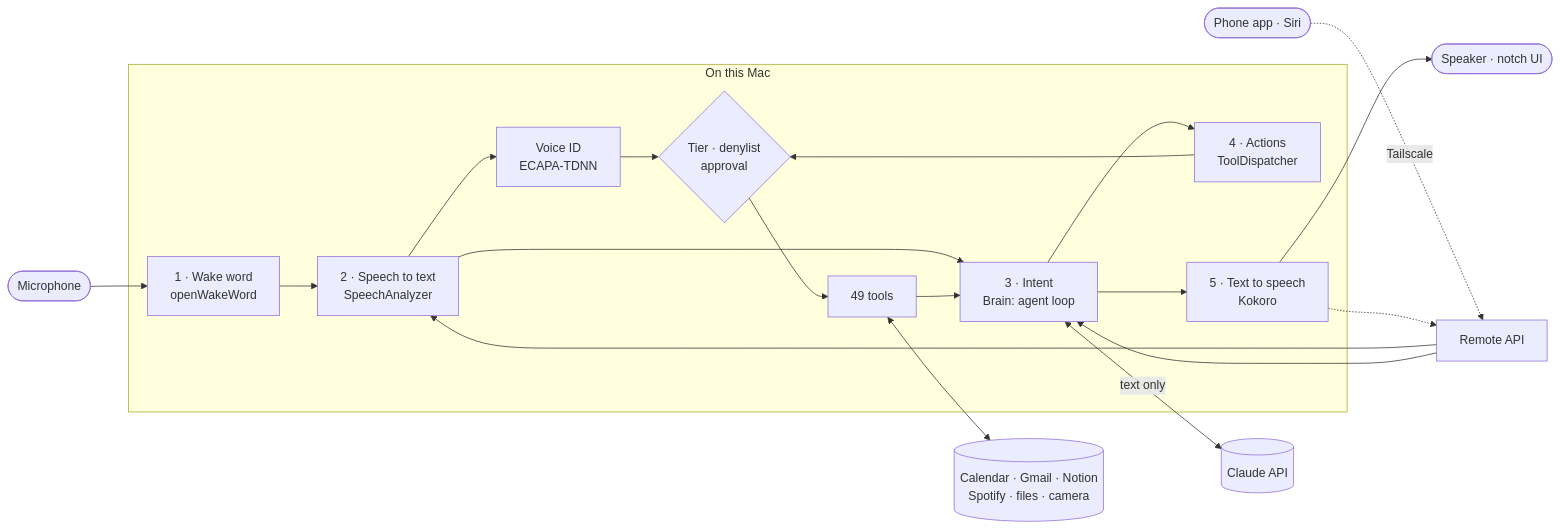
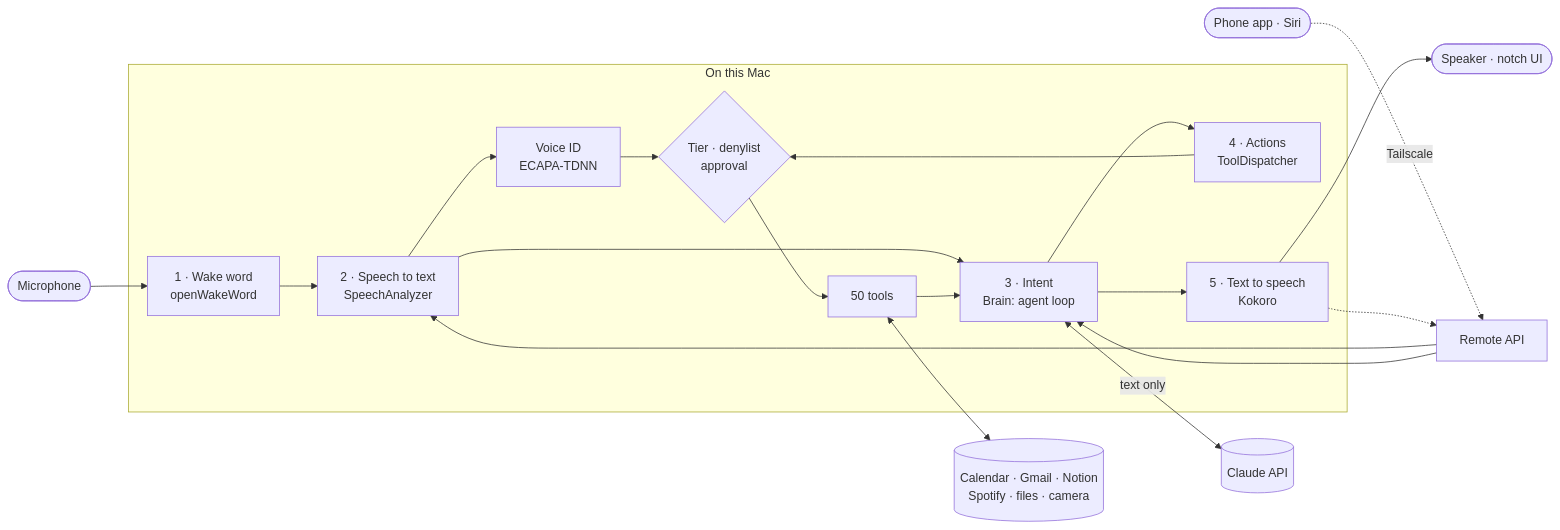
Before and after one commit to samarthpaliwal/Jarvis: the diagram in README.md, drawn with Mermaid. The commit also changed other lines of this file and 23 other files, not shown here.

````diff
--- a/README.md
+++ b/README.md
@@ -37,24 +37,24 @@
 ```mermaid
 flowchart LR
     mic(["Microphone"]) --> wake
     phone(["Phone app · Siri"]) -. Tailscale .-> api["Remote API"]
     api --> stt
     api --> intent
 
     subgraph mac ["On this Mac"]
         wake["1 · Wake word<br/>openWakeWord"] --> stt["2 · Speech to text<br/>SpeechAnalyzer"]
         stt --> voiceid["Voice ID<br/>ECAPA-TDNN"]
         stt --> intent["3 · Intent<br/>Brain: agent loop"]
         intent --> actions["4 · Actions<br/>ToolDispatcher"]
         actions --> guard{"Tier · denylist<br/>approval"}
         voiceid --> guard
-        guard --> tools["49 tools"]
+        guard --> tools["50 tools"]
         tools --> intent
         intent --> tts["5 · Text to speech<br/>Kokoro"]
     end
 
     intent <-->|"text only"| claude[("Claude API")]
     tools <--> services[("Calendar · Gmail · Notion<br/>Spotify · files · camera")]
     tts --> speaker(["Speaker · notch UI"])
     tts -.-> api
 ```
````
